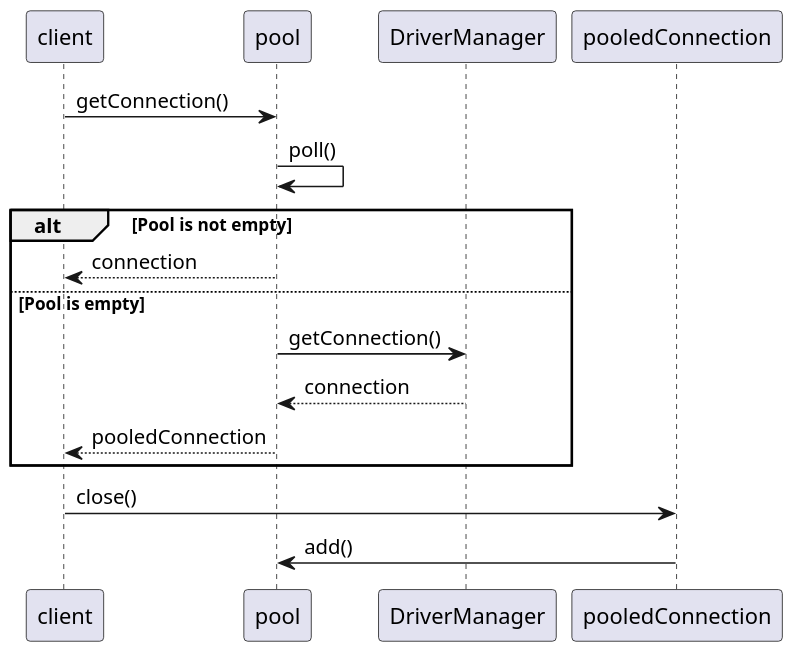
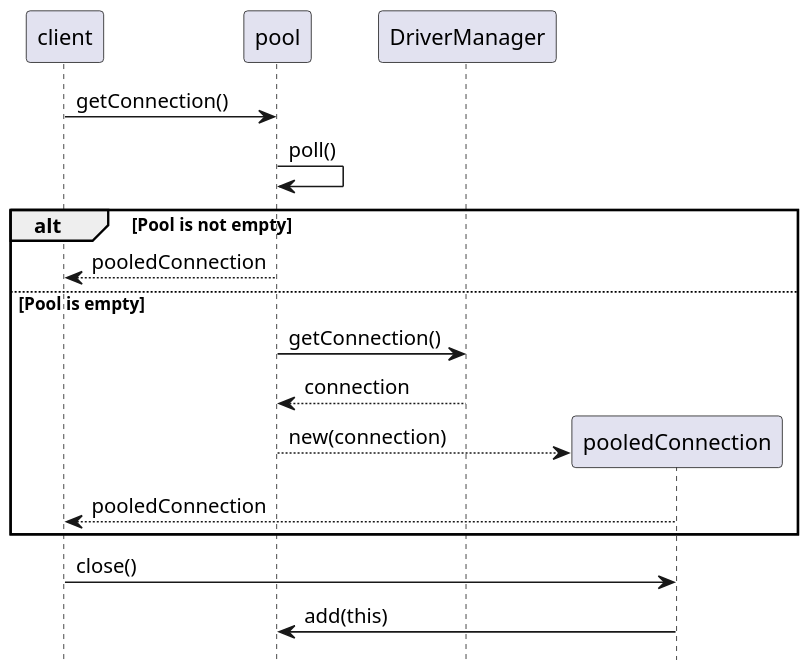
Before and after one commit to inponomarev/java-mipt: the third of 5 diagrams in slides08/src/main/asciidoc/lecture.adoc, drawn with PlantUML. The commit also changed other lines of this file and 1 other file, not shown here.

Commit message:
better sequence diagrams

```diff
--- a/slides08/src/main/asciidoc/lecture.adoc
+++ b/slides08/src/main/asciidoc/lecture.adoc
@@ -143,15 +148,17 @@
 [plantuml, pool, png]
 ----
 skinparam dpi 150
+hide footbox
 client->pool : getConnection()
 pool->pool: poll()
 alt Pool is not empty
-  pool-->client: connection
+  pool-->client: pooledConnection
 else Pool is empty
   pool->DriverManager: getConnection()
   DriverManager-->pool: connection
-  pool-->client: pooledConnection
+  pool-->pooledConnection **:new(connection)
+  pooledConnection-->client: pooledConnection
 end
 client->pooledConnection: close()
-pooledConnection->pool: add()
+pooledConnection->pool: add(this)
 ----
```
